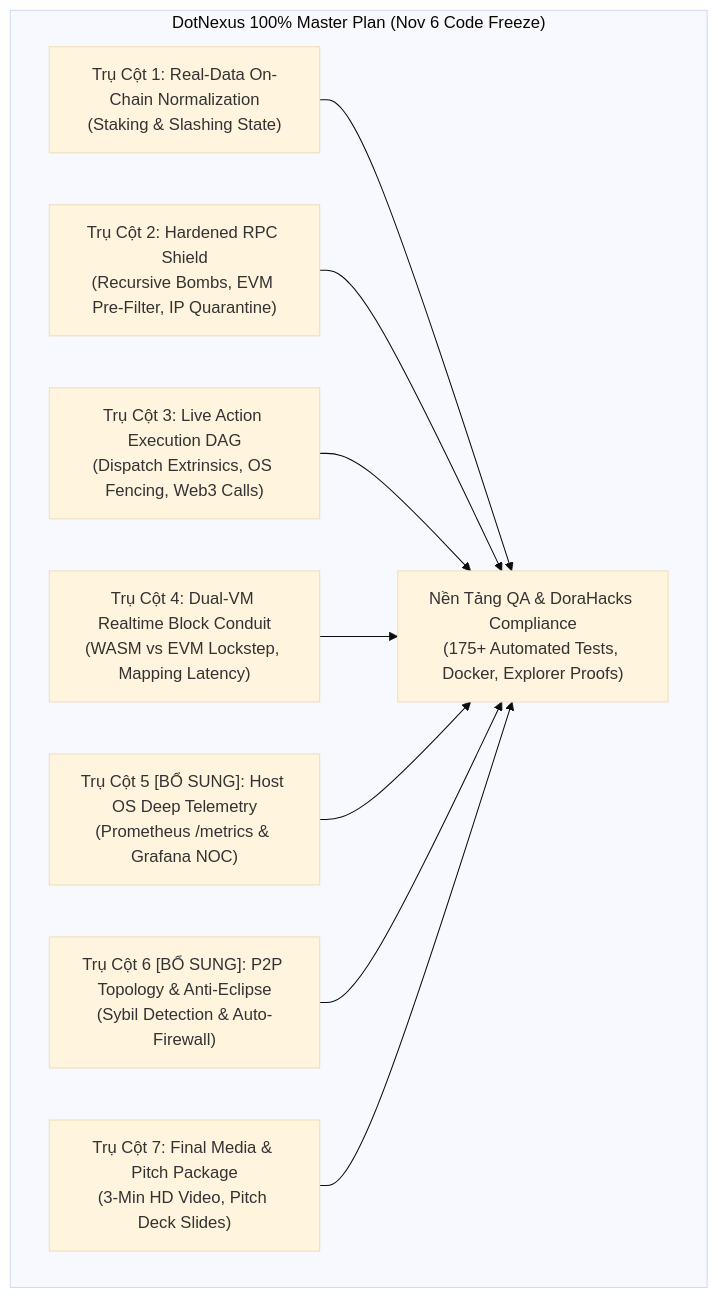
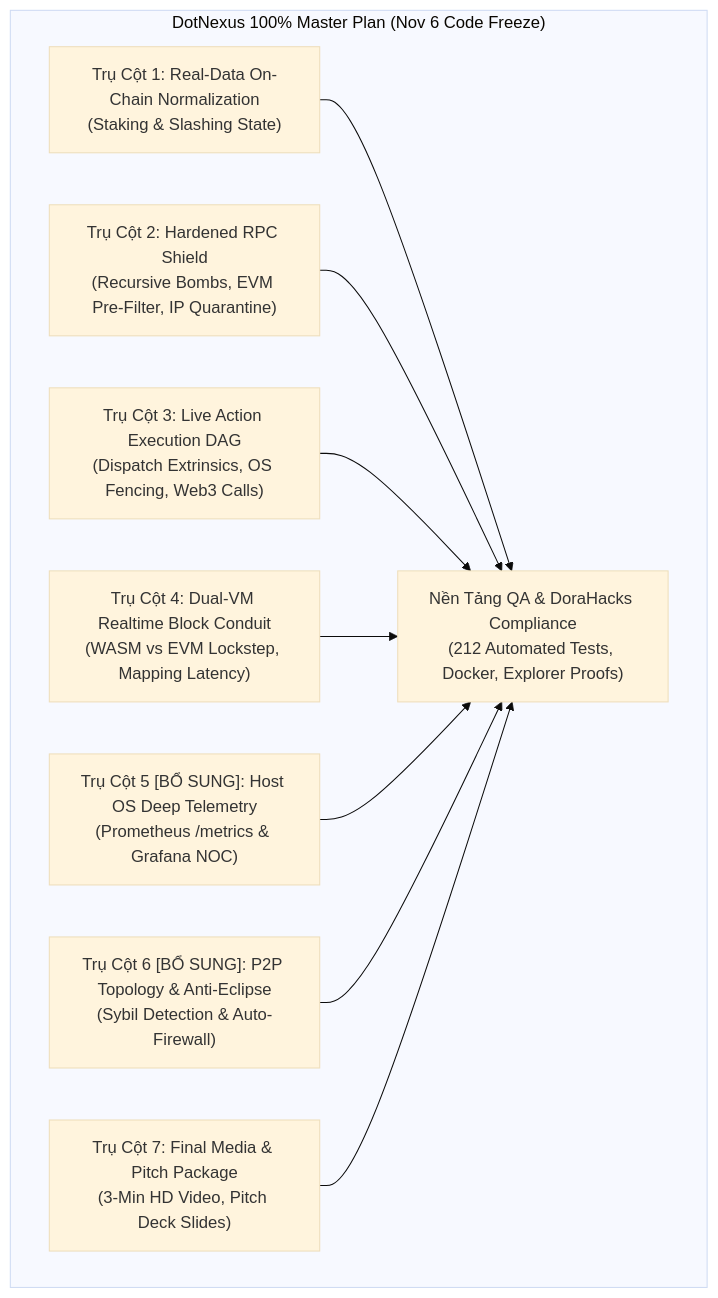
The first of 2 diagrams in FINAL_SUBMISSION_100_PLAN.md (DanhCaTuanNgoc/DotNexus), drawn with Mermaid (base theme) before and after one commit. The commit also changed other lines of this file, not shown here.

Commit message:
docs(plan): document jury audit gap analysis and 100-point master roadmap

````diff
--- a/FINAL_SUBMISSION_100_PLAN.md
+++ b/FINAL_SUBMISSION_100_PLAN.md
@@ -39,20 +39,20 @@
 ```mermaid
 graph TD
     subgraph "DotNexus 100% Master Plan (Nov 6 Code Freeze)"
         P1["Trụ Cột 1: Real-Data On-Chain Normalization<br/>(Staking & Slashing State)"]
         P2["Trụ Cột 2: Hardened RPC Shield<br/>(Recursive Bombs, EVM Pre-Filter, IP Quarantine)"]
         P3["Trụ Cột 3: Live Action Execution DAG<br/>(Dispatch Extrinsics, OS Fencing, Web3 Calls)"]
         P4["Trụ Cột 4: Dual-VM Realtime Block Conduit<br/>(WASM vs EVM Lockstep, Mapping Latency)"]
         P5["Trụ Cột 5 [BỔ SUNG]: Host OS Deep Telemetry<br/>(Prometheus /metrics & Grafana NOC)"]
         P6["Trụ Cột 6 [BỔ SUNG]: P2P Topology & Anti-Eclipse<br/>(Sybil Detection & Auto-Firewall)"]
         P7["Trụ Cột 7: Final Media & Pitch Package<br/>(3-Min HD Video, Pitch Deck Slides)"]
-        QA["Nền Tảng QA & DoraHacks Compliance<br/>(175+ Automated Tests, Docker, Explorer Proofs)"]
+        QA["Nền Tảng QA & DoraHacks Compliance<br/>(212 Automated Tests, Docker, Explorer Proofs)"]
     end
     P1 --> QA
     P2 --> QA
     P3 --> QA
     P4 --> QA
     P5 --> QA
     P6 --> QA
     P7 --> QA
 ```
````
